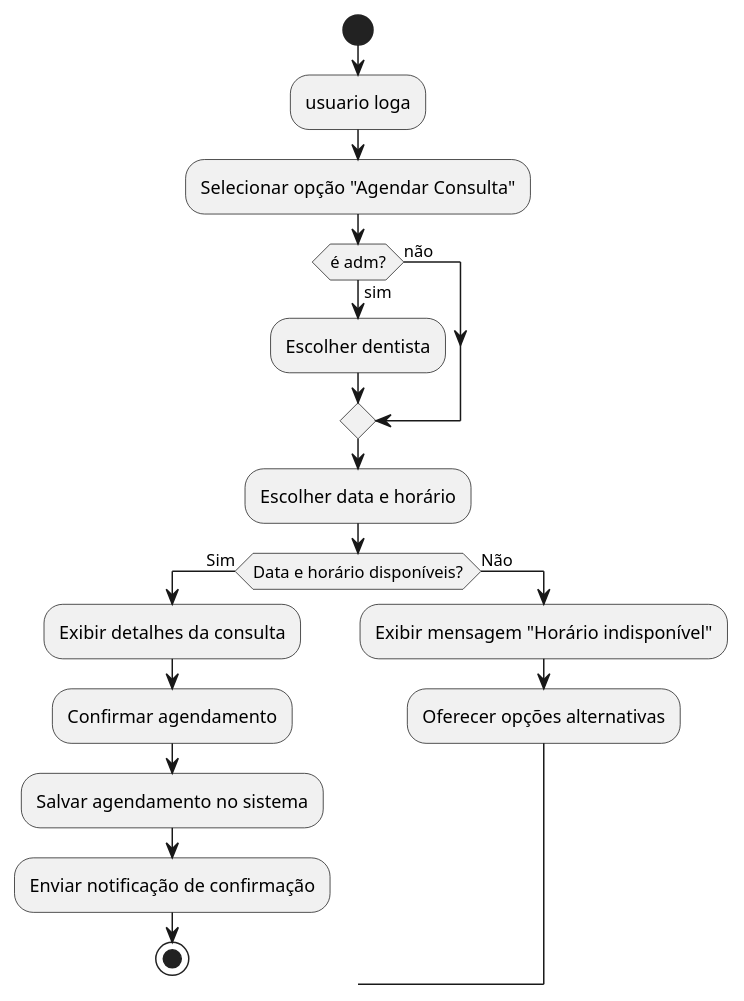
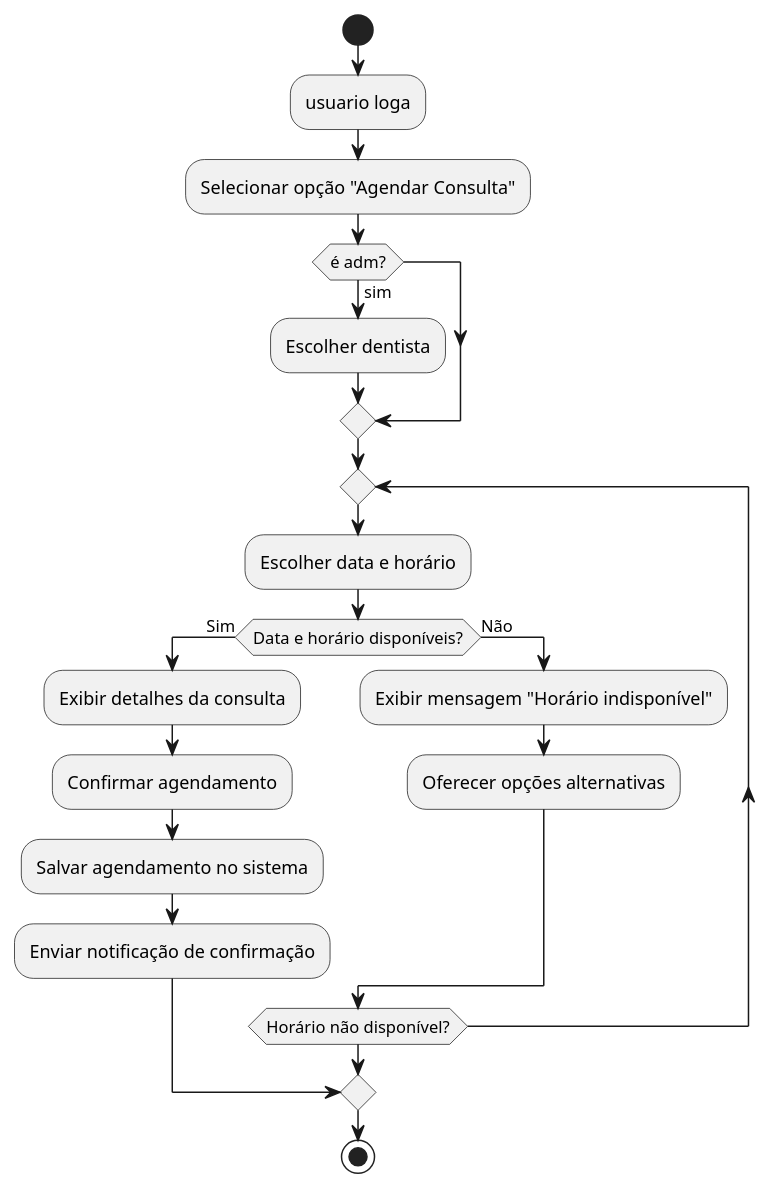
The diagram in Diagramas/Atividades/agendar_consulta.plantuml (HugoWatzl/SIGO), drawn with PlantUML before and after one commit. The commit also changed 4 other files, not shown here.

```diff
--- a/Diagramas/Atividades/agendar_consulta.plantuml
+++ b/Diagramas/Atividades/agendar_consulta.plantuml
@@ -1,24 +1,26 @@
 @startuml
 start
 
 :usuario loga;
 :Selecionar opção "Agendar Consulta";
-if(é adm?) then (sim)
+
+if (é adm?) then (sim)
     :Escolher dentista;
-else (não)
-endif
-:Escolher data e horário;
-
-if (Data e horário disponíveis?) then (Sim)
-    :Exibir detalhes da consulta;
-    :Confirmar agendamento;
-    :Salvar agendamento no sistema;
-    :Enviar notificação de confirmação;
-    stop
-else (Não)
-    :Exibir mensagem "Horário indisponível";
-    :Oferecer opções alternativas;
-    ->Escolher data e horário;
 endif
 
+repeat
+    :Escolher data e horário;
+    if (Data e horário disponíveis?) then (Sim)
+        :Exibir detalhes da consulta;
+        :Confirmar agendamento;
+        :Salvar agendamento no sistema;
+        :Enviar notificação de confirmação;
+        break
+    else (Não)
+        :Exibir mensagem "Horário indisponível";
+        :Oferecer opções alternativas;
+    endif
+repeat while (Horário não disponível?)
+
+stop
 @enduml
```
